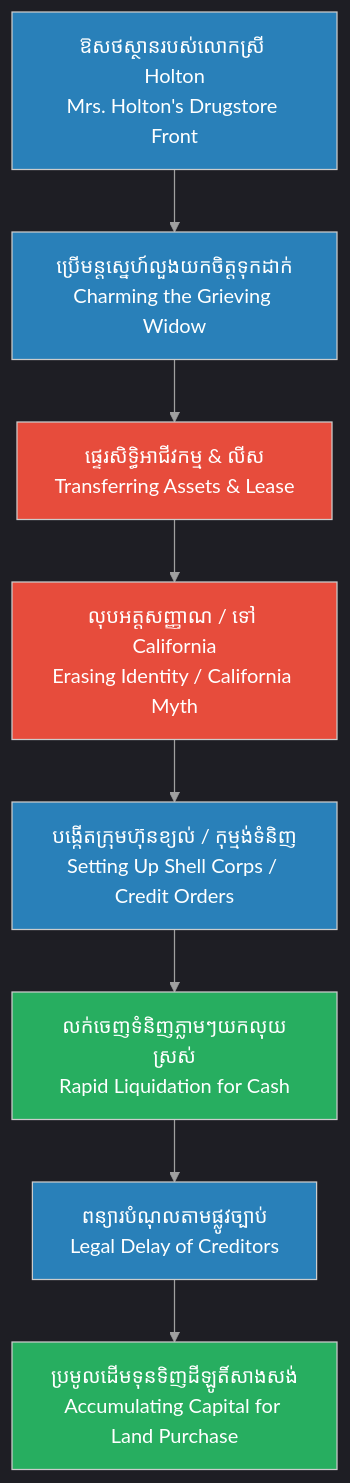
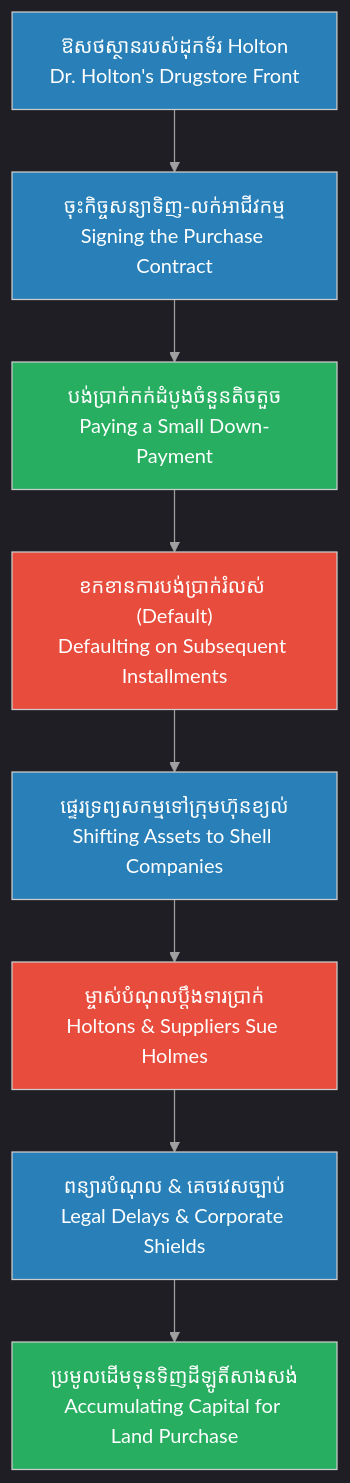
The diagram in biographies/h-h-holmes/episodes/ep-05-the-englewood-front.md (openkuide/iblogger-stories), drawn with Mermaid before and after one commit. The commit also changed other lines of this file and 1 other file, not shown here.

````diff
--- a/biographies/h-h-holmes/episodes/ep-05-the-englewood-front.md
+++ b/biographies/h-h-holmes/episodes/ep-05-the-englewood-front.md
@@ -129,34 +131,34 @@
 ```mermaid
 %%{init: {
   'theme': 'dark',
   'themeVariables': {
     'background': '#1e1e1e',
     'primaryTextColor': '#ffffff',
     'lineColor': '#a0a0a0',
     'actorBkg': '#2c3e50',
     'actorBorder': '#34495e',
     'actorTextColor': '#ffffff',
     'noteBkgColor': '#2c3e50',
     'noteTextColor': '#ffffff',
     'noteBorderColor': '#34495e'
   },
   'themeCSS': 'svg { background-color: #1e1e1e !important; padding: 1rem !important; border-radius: 8px !important; } .edgeLabel rect { fill: #1e1e1e !important; } text, tspan { fill: #ffffff !important; } .messageText, .messageText tspan, .signalText, .signalText tspan { fill: #ffffff !important; stroke: #1e1e1e !important; stroke-width: 3px !important; paint-order: stroke fill !important; stroke-linejoin: round !important; }'
 }}%%
 graph TD
-    A["ឱសថស្ថានរបស់លោកស្រី Holton<br/>Mrs. Holton's Drugstore Front"] --> B["ប្រើមន្តស្នេហ៍លួងយកចិត្តទុកដាក់<br/>Charming the Grieving Widow"]
-    B --> C["ផ្ទេរសិទ្ធិអាជីវកម្ម & លីស<br/>Transferring Assets & Lease"]
-    C --> D["លុបអត្តសញ្ញាណ / ទៅ California<br/>Erasing Identity / California Myth"]
-    D --> E["បង្កើតក្រុមហ៊ុនខ្យល់ / កុម្មង់ទំនិញ<br/>Setting Up Shell Corps / Credit Orders"]
-    E --> F["លក់ចេញទំនិញភ្លាមៗយកលុយស្រស់<br/>Rapid Liquidation for Cash"]
-    F --> G["ពន្យារបំណុលតាមផ្លូវច្បាប់<br/>Legal Delay of Creditors"]
+    A["ឱសថស្ថានរបស់ដុកទ័រ Holton<br/>Dr. Holton's Drugstore Front"] --> B["ចុះកិច្ចសន្យាទិញ-លក់អាជីវកម្ម<br/>Signing the Purchase Contract"]
+    B --> C["បង់ប្រាក់កក់ដំបូងចំនួនតិចតួច<br/>Paying a Small Down-Payment"]
+    C --> D["ខកខានការបង់ប្រាក់រំលស់ (Default)<br/>Defaulting on Subsequent Installments"]
+    D --> E["ផ្ទេរទ្រព្យសកម្មទៅក្រុមហ៊ុនខ្យល់<br/>Shifting Assets to Shell Companies"]
+    E --> F["ម្ចាស់បំណុលប្តឹងទារប្រាក់<br/>Holtons & Suppliers Sue Holmes"]
+    F --> G["ពន្យារបំណុល & គេចវេសច្បាប់<br/>Legal Delays & Corporate Shields"]
     G --> H["ប្រមូលដើមទុនទិញដីឡូតិ៍សាងសង់<br/>Accumulating Capital for Land Purchase"]
 
     style A fill:#2980b9,color:#fff
     style B fill:#2980b9,color:#fff
-    style C fill:#e74c3c,color:#fff
+    style C fill:#27ae60,color:#fff
     style D fill:#e74c3c,color:#fff
     style E fill:#2980b9,color:#fff
-    style F fill:#27ae60,color:#fff
+    style F fill:#e74c3c,color:#fff
     style G fill:#2980b9,color:#fff
     style H fill:#27ae60,color:#fff
 ```
````
